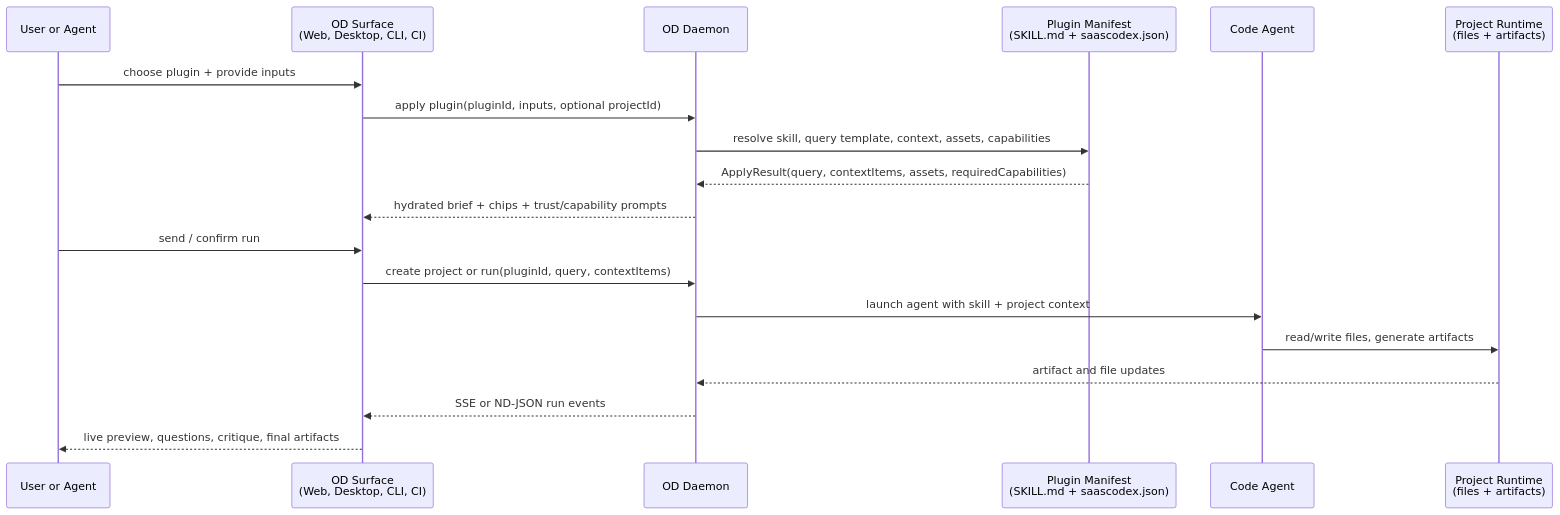
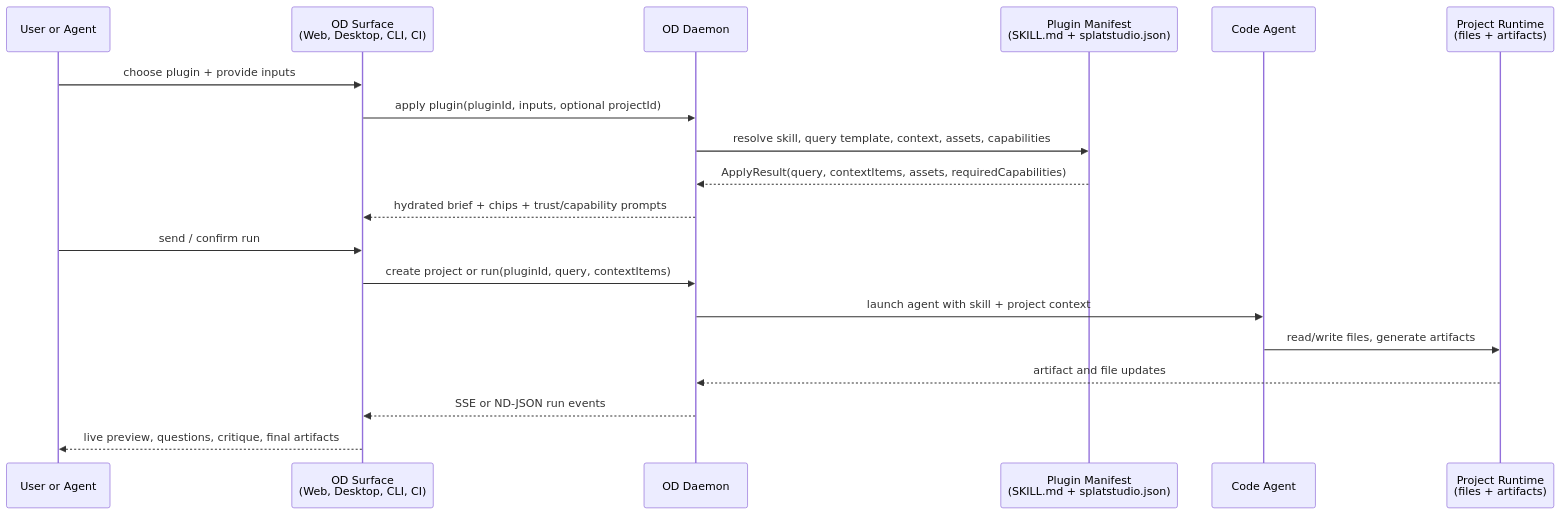
The first of 4 diagrams in docs/plugins-spec.md (aurora-ember-bio-lab/saascodex), drawn with Mermaid before and after one commit. The commit also changed other lines of this file and 6196 other files, not shown here.

````diff
--- a/docs/plugins-spec.md
+++ b/docs/plugins-spec.md
@@ -35,22 +35,22 @@
 ```mermaid
 sequenceDiagram
   participant U as User or Agent
   participant S as OD Surface<br/>(Web, Desktop, CLI, CI)
   participant D as OD Daemon
-  participant P as Plugin Manifest<br/>(SKILL.md + saascodex.json)
+  participant P as Plugin Manifest<br/>(SKILL.md + splatstudio.json)
   participant A as Code Agent
   participant R as Project Runtime<br/>(files + artifacts)
 
   U->>S: choose plugin + provide inputs
   S->>D: apply plugin(pluginId, inputs, optional projectId)
   D->>P: resolve skill, query template, context, assets, capabilities
   P-->>D: ApplyResult(query, contextItems, assets, requiredCapabilities)
   D-->>S: hydrated brief + chips + trust/capability prompts
   U->>S: send / confirm run
   S->>D: create project or run(pluginId, query, contextItems)
   D->>A: launch agent with skill + project context
   A->>R: read/write files, generate artifacts
   R-->>D: artifact and file updates
   D-->>S: SSE or ND-JSON run events
   S-->>U: live preview, questions, critique, final artifacts
 ```
````
